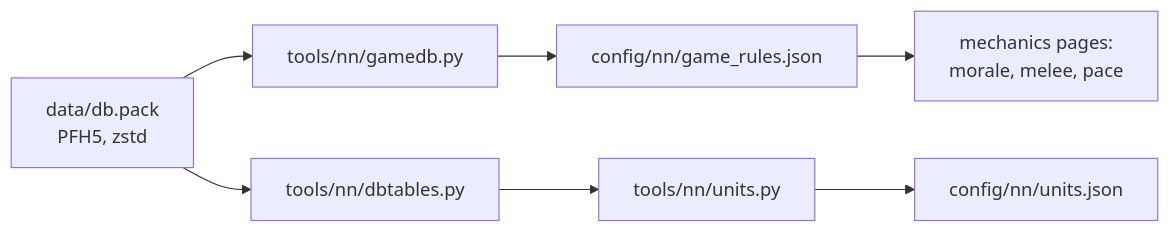
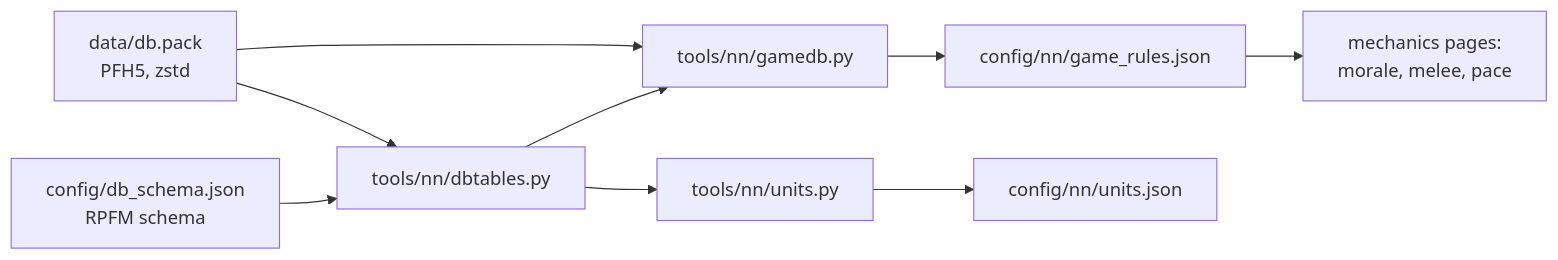
The diagram in docs/en/game/database.md (DimaZero7/TWW3-batle-ai), drawn with Mermaid before and after one commit. The commit also changed other lines of this file and 19 other files, not shown here.

````diff
--- a/docs/en/game/database.md
+++ b/docs/en/game/database.md
@@ -33,9 +32,11 @@
 ```mermaid
 flowchart LR
   pack["data/db.pack<br/>PFH5, zstd"] --> gamedb["tools/nn/gamedb.py"]
   pack --> dbt["tools/nn/dbtables.py"]
+  schema["config/db_schema.json<br/>RPFM schema"] --> dbt
+  dbt --> gamedb
   dbt --> units["tools/nn/units.py"]
   gamedb --> json["config/nn/game_rules.json"]
   units --> ujson["config/nn/units.json"]
   json --> pages["mechanics pages:<br/>morale, melee, pace"]
 ```
````
